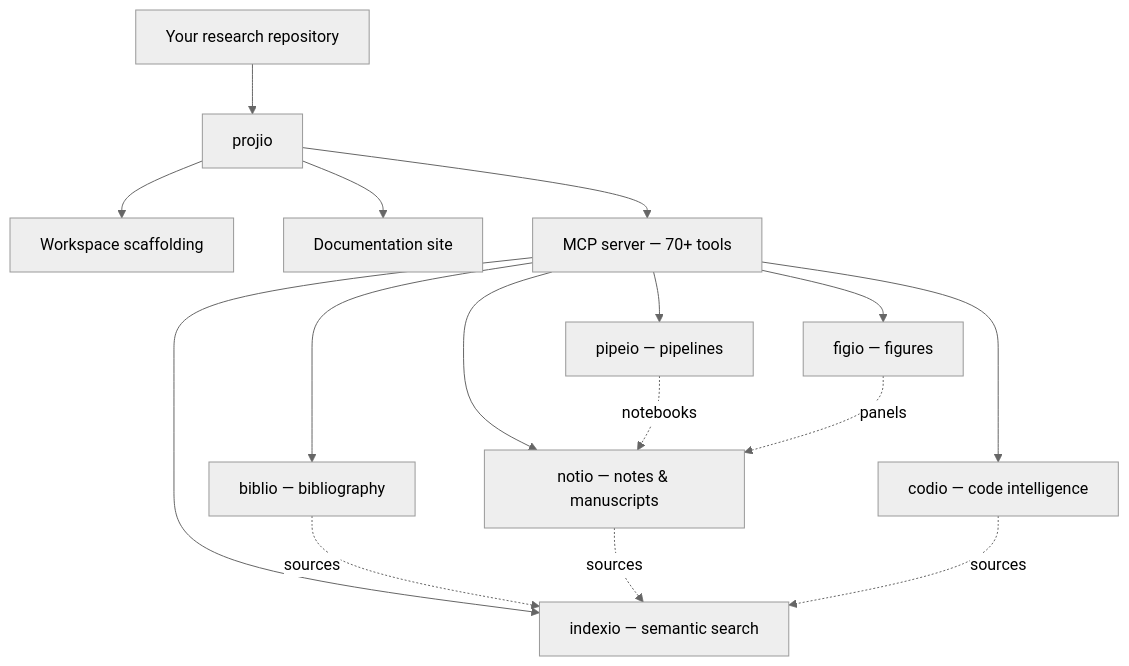
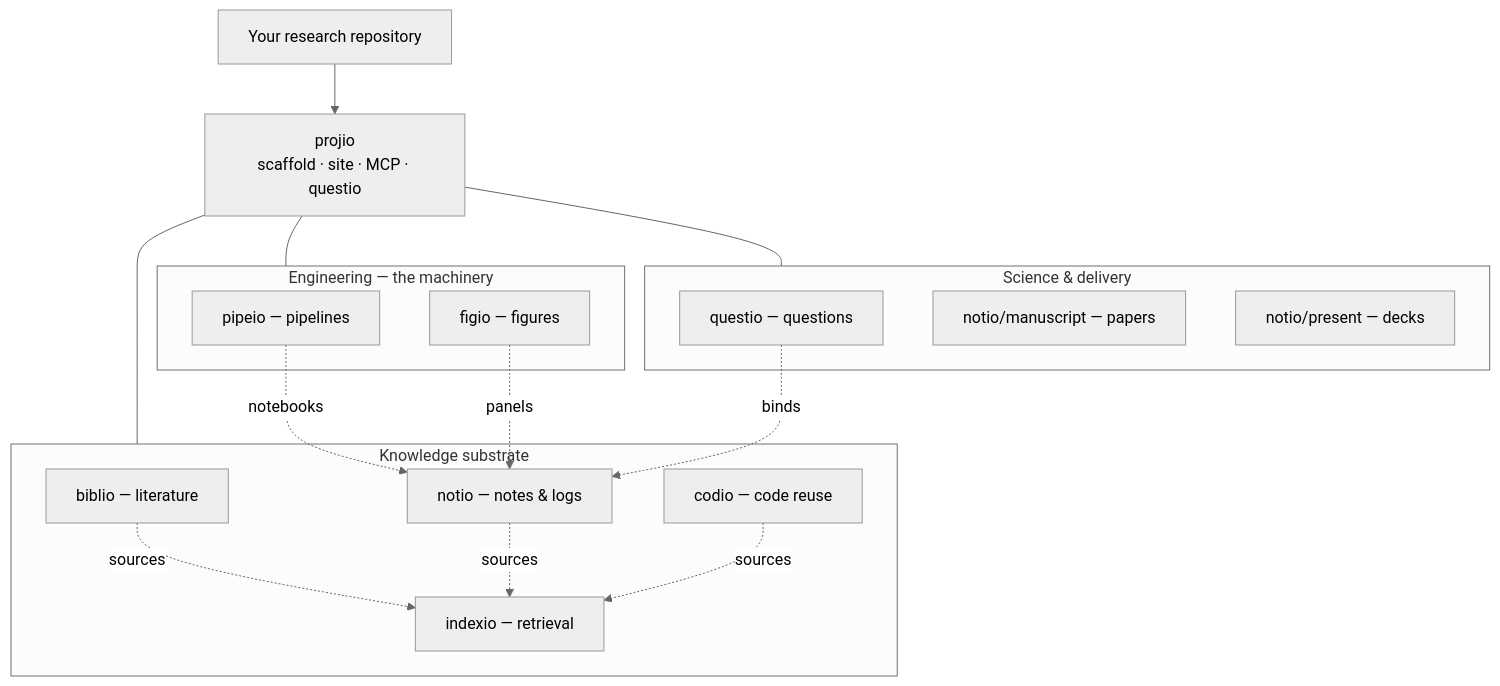
Before and after one commit to arashshahidi1997/projio: the diagram in docs/index.md, drawn with Mermaid (neutral theme). The commit also changed other lines of this file and 32 other files, not shown here.

````diff
--- a/docs/index.md
+++ b/docs/index.md
@@ -20,21 +22,33 @@
 ```mermaid
 flowchart TD
-    R[Your research repository] --> P[projio]
+    R[Your research repository] --> P[projio<br/>scaffold · site · MCP · questio]
 
-    P --> scaffold[Workspace scaffolding]
-    P --> site[Documentation site]
-    P --> mcp[MCP server — 70+ tools]
+    subgraph knowledge [Knowledge substrate]
+        biblio[biblio — literature]
+        notio[notio — notes & logs]
+        codio[codio — code reuse]
+        indexio[indexio — retrieval]
+    end
 
-    mcp --> indexio[indexio — semantic search]
-    mcp --> biblio[biblio — bibliography]
-    mcp --> notio[notio — notes & manuscripts]
-    mcp --> codio[codio — code intelligence]
-    mcp --> pipeio[pipeio — pipelines]
-    mcp --> figio[figio — figures]
+    subgraph engineering [Engineering — the machinery]
+        pipeio[pipeio — pipelines]
+        figio[figio — figures]
+    end
+
+    subgraph science [Science & delivery]
+        questio[questio — questions]
+        manuscripto[notio/manuscript — papers]
+        presentio[notio/present — decks]
+    end
+
+    P --- knowledge
+    P --- engineering
+    P --- science
 
     biblio -. sources .-> indexio
     notio -. sources .-> indexio
     codio -. sources .-> indexio
     pipeio -. notebooks .-> notio
     figio -. panels .-> notio
+    questio -. binds .-> notio
 ```
````
